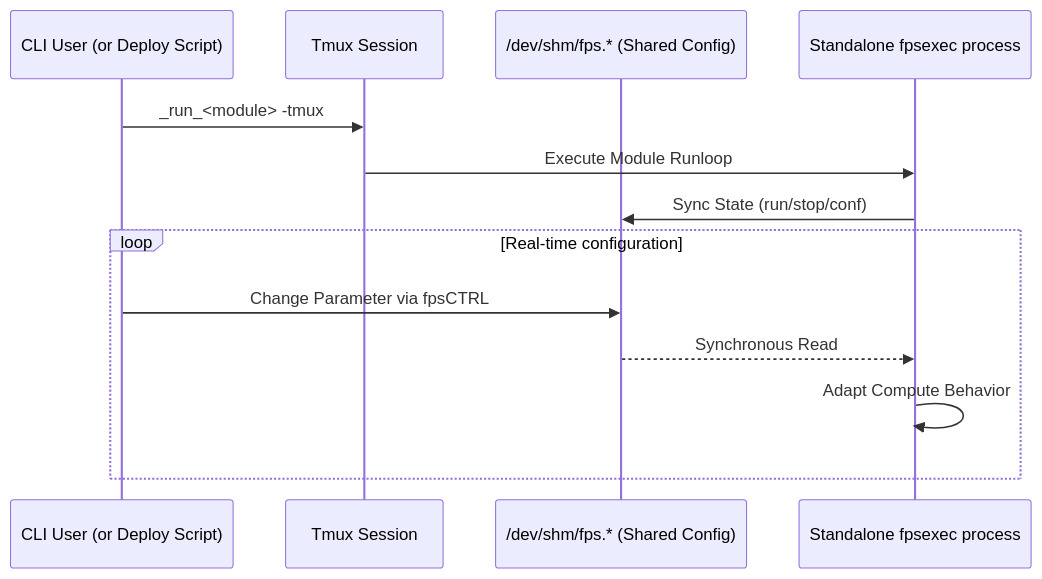
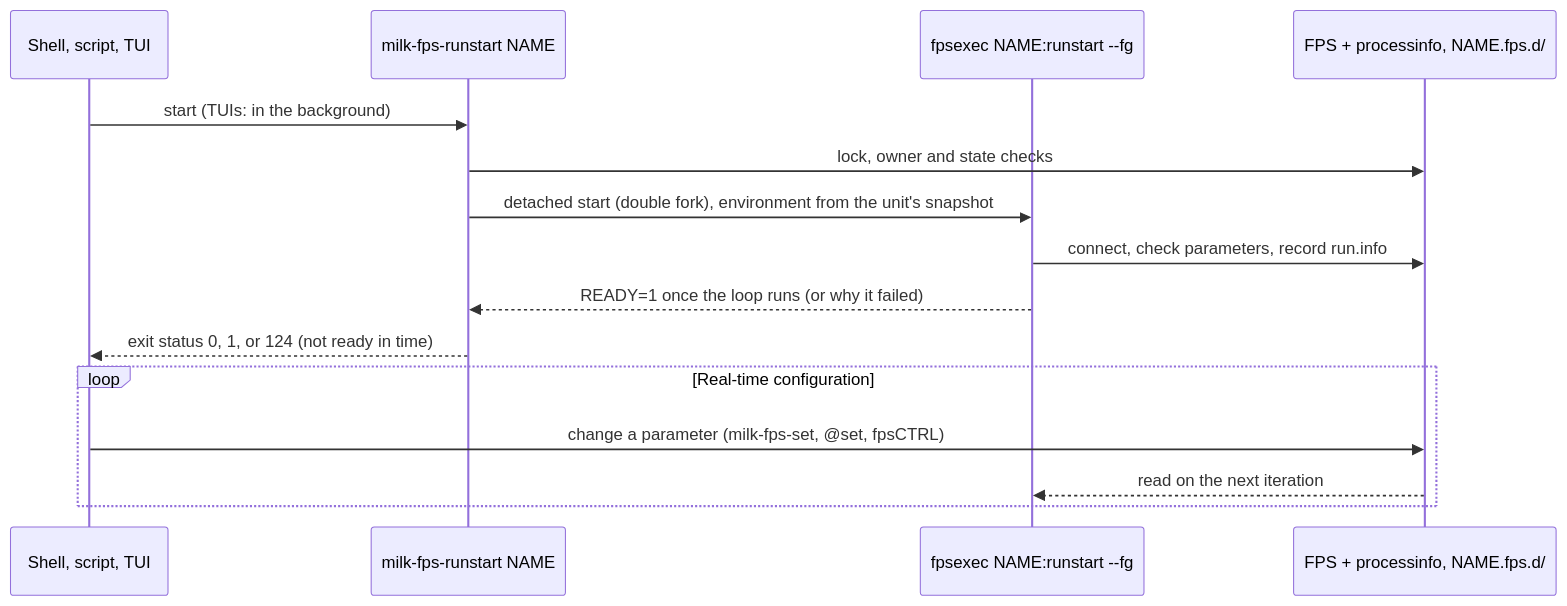
Before and after one commit to milk-org/milk: the diagram in docs/guide/fps.md, drawn with Mermaid. The commit also changed other lines of this file and 64 other files, not shown here.

First line of the commit message:
docs: update user guides, architecture references, and agent workflows for bash-engine and milk-CTRL

````diff
--- a/docs/guide/fps.md
+++ b/docs/guide/fps.md
@@ -46,17 +45,19 @@
 ```mermaid
 sequenceDiagram
-    participant User as CLI User (or Deploy Script)
-    participant Tmux as Tmux Session
-    participant FPSData as /dev/shm/fps.* (Shared Config)
-    participant FPS as Standalone fpsexec process
+    participant User as Shell, script, TUI
+    participant Tool as milk-fps-runstart NAME
+    participant Worker as fpsexec NAME:runstart --fg
+    participant FPS as FPS + processinfo, NAME.fps.d/
 
-    User->>Tmux: _run_<module> -tmux
-    Tmux->>FPS: Execute Module Runloop
-    FPS->>FPSData: Sync State (run/stop/conf)
+    User->>Tool: start (TUIs: in the background)
+    Tool->>FPS: lock, owner and state checks
+    Tool->>Worker: detached start (double fork), environment from the unit's snapshot
+    Worker->>FPS: connect, check parameters, record run.info
+    Worker-->>Tool: READY=1 once the loop runs (or why it failed)
+    Tool-->>User: exit status 0, 1, or 124 (not ready in time)
 
     loop Real-time configuration
-        User->>FPSData: Change Parameter via fpsCTRL
-        FPSData-->>FPS: Synchronous Read
-        FPS->>FPS: Adapt Compute Behavior
+        User->>FPS: change a parameter (milk-fps-set, @set, fpsCTRL)
+        FPS-->>Worker: read on the next iteration
     end
 ```
````
